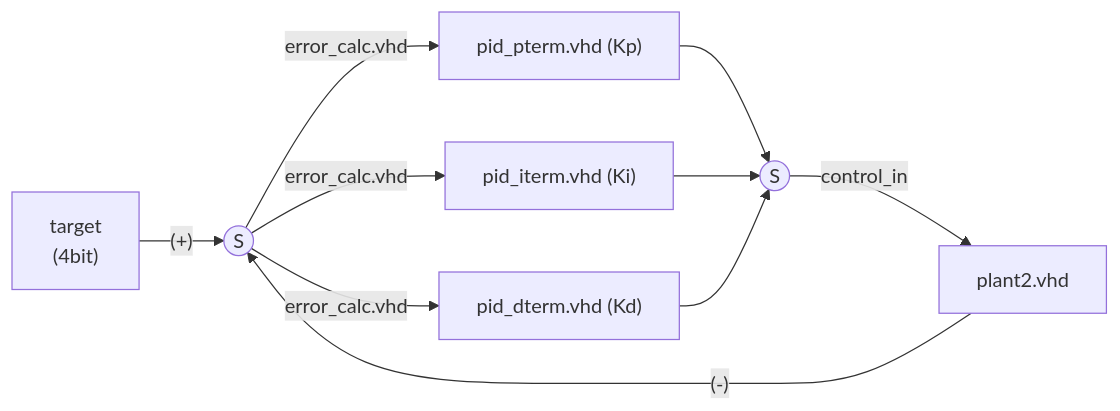
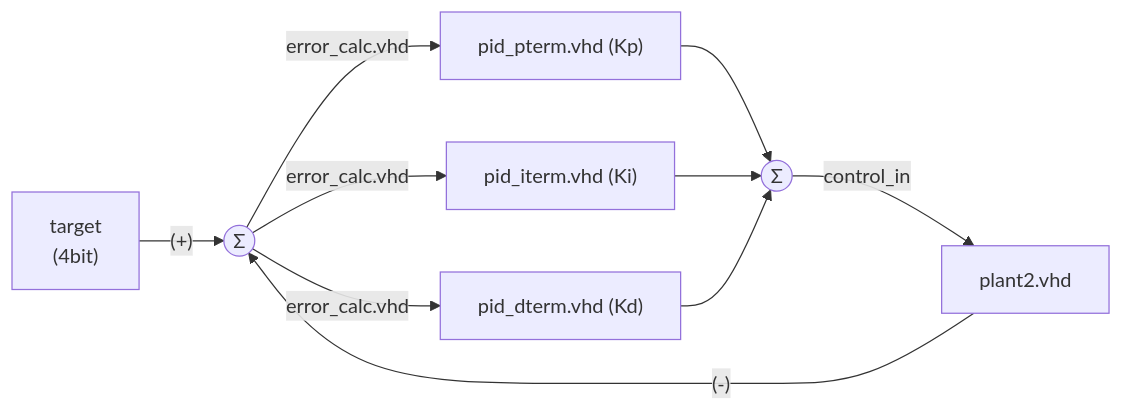
One commit to czarv30/PID_controller_temperature changed the diagram in README.md. Above: the diagram before and after it, drawn with Mermaid. The commit also changed other lines of this file and 2 other files, not shown here.

````diff
--- a/README.md
+++ b/README.md
@@ -8,27 +8,27 @@
 ```mermaid
 graph LR
     %% --- Define all nodes first ---
     N_Target["target<br> (4bit)"]
     %% Using Sigma for the summing junction N_SumError
-    N_SumError((S))
+    N_SumError((Σ))
     N_P["pid_pterm.vhd (Kp)"]
     N_I["pid_iterm.vhd (Ki)"]
     N_D["pid_dterm.vhd (Kd)"]
     %% Using Sigma for the summing junction N_SumPID
-    N_SumPID((S))
+    N_SumPID((Σ))
     %% Matched Plant node text to your screenshot
     N_Plant["plant2.vhd"]
 
     %% --- Define links between nodes ---
     N_Target --(+)--> N_SumError
     N_SumError --error_calc.vhd--> N_P
     N_SumError --error_calc.vhd--> N_I
     N_SumError --error_calc.vhd--> N_D
 
     N_P --> N_SumPID
     N_I --> N_SumPID
     N_D --> N_SumPID
 
     N_SumPID --control_in--> N_Plant
     N_Plant --(-)--> N_SumError
 ```
````
